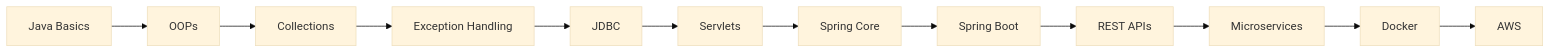
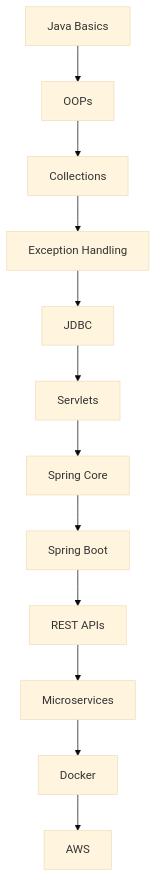
Before and after one commit to Nksnaveenks/Nksnaveenks: the diagram in README.md, drawn with Mermaid (base theme). The commit also changed other lines of this file, not shown here.

````diff
--- a/README.md
+++ b/README.md
@@ -185,14 +179,14 @@
 ```mermaid
-graph LR
+graph TD
 A[Java Basics] --> B[OOPs]
 B --> C[Collections]
 C --> D[Exception Handling]
 D --> E[JDBC]
 E --> F[Servlets]
 F --> G[Spring Core]
 G --> H[Spring Boot]
 H --> I[REST APIs]
 I --> J[Microservices]
 J --> K[Docker]
 K --> L[AWS]
 ```
````
